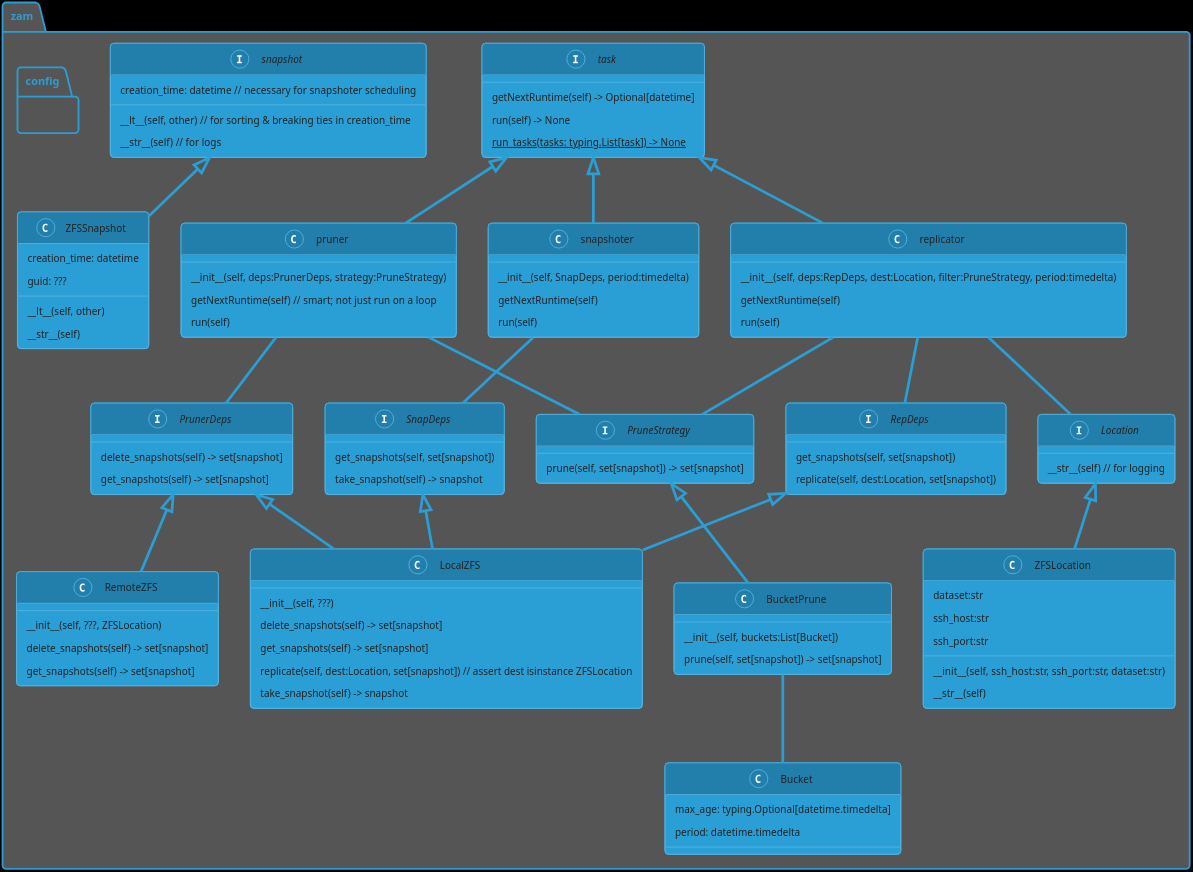
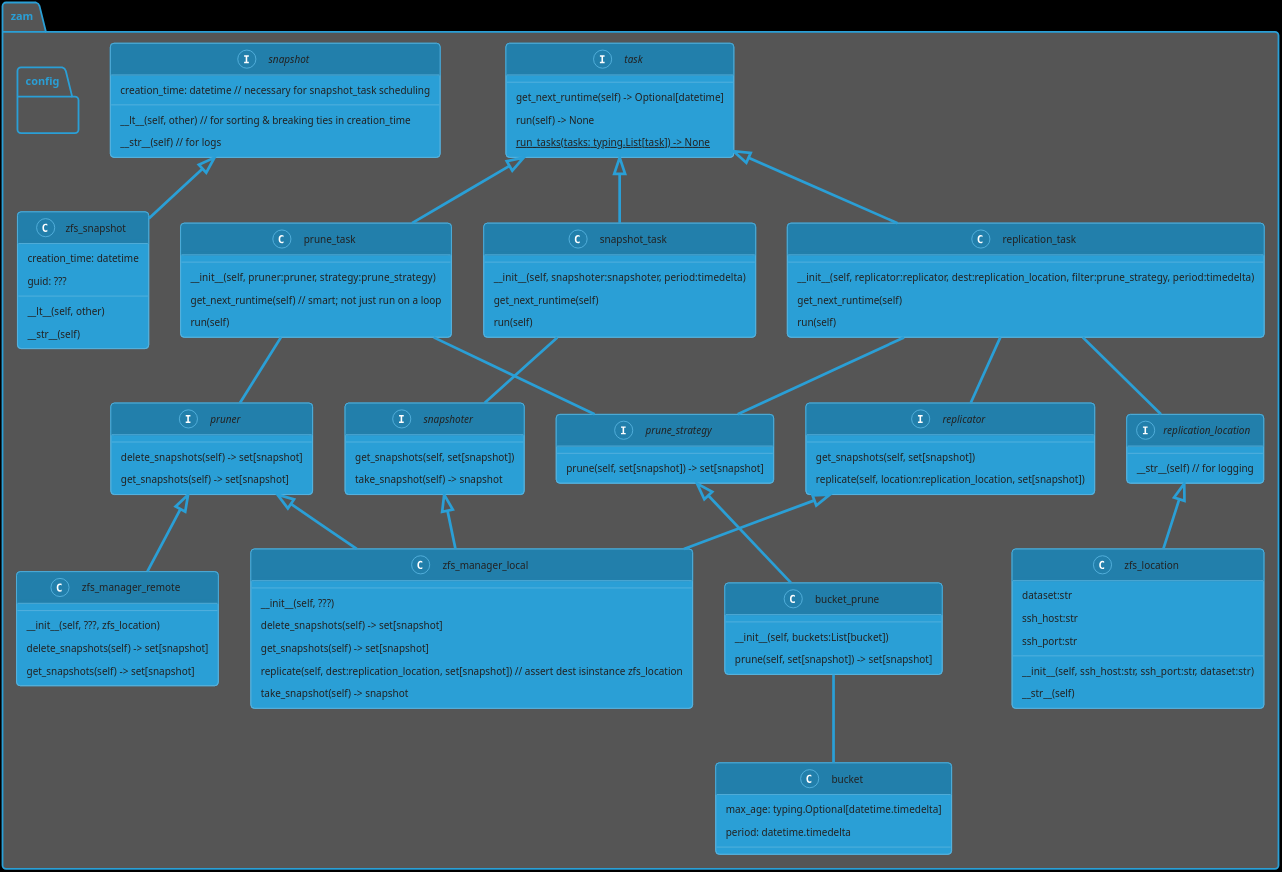
Before and after one commit to Ivan-Johnson/ZAM: the diagram in docs/class_diagram.plantuml, drawn with PlantUML.

Commit message:
Cleanup names in class diagram
Relates to #17

```diff
--- a/docs/class_diagram.plantuml
+++ b/docs/class_diagram.plantuml
@@ -2,134 +2,134 @@
 @startuml
 !theme cyborg
 skinparam backgroundColor black
 skinparam dpi 300
 
 package "zam" {
 	interface task {
-		getNextRuntime(self) -> Optional[datetime]
+		get_next_runtime(self) -> Optional[datetime]
 		run(self) -> None
 		{static} run_tasks(tasks: typing.List[task]) -> None
 	}
 
 	interface snapshot {
 		__lt__(self, other) // for sorting & breaking ties in creation_time
 		__str__(self) // for logs
-		creation_time: datetime // necessary for snapshoter scheduling
+		creation_time: datetime // necessary for snapshot_task scheduling
 	}
 
-	class ZFSSnapshot {
+	class zfs_snapshot {
 		__lt__(self, other)
 		__str__(self)
 		creation_time: datetime
 		guid: ???
 	}
-	ZFSSnapshot -up-|>snapshot
+	zfs_snapshot -up-|> snapshot
 
-	interface SnapDeps {
+	interface snapshoter {
 		get_snapshots(self, set[snapshot])
 		take_snapshot(self) -> snapshot
 	}
 
-	class snapshoter {
-		__init__(self, SnapDeps, period:timedelta)
-		getNextRuntime(self)
+	class snapshot_task {
+		__init__(self, snapshoter:snapshoter, period:timedelta)
+		get_next_runtime(self)
 		run(self)
 	}
 
-	snapshoter -up-|> task
-	snapshoter -- SnapDeps
+	snapshot_task -up-|> task
+	snapshot_task -- snapshoter
 
-	interface RepDeps {
+	interface replicator {
 		get_snapshots(self, set[snapshot])
-		replicate(self, dest:Location, set[snapshot])
+		replicate(self, location:replication_location, set[snapshot])
 	}
 
-	interface Location {
+	interface replication_location {
 		__str__(self) // for logging
 	}
 
-	class replicator {
-		__init__(self, deps:RepDeps, dest:Location, filter:PruneStrategy, period:timedelta)
-		getNextRuntime(self)
+	class replication_task {
+		__init__(self, replicator:replicator, dest:replication_location, filter:prune_strategy, period:timedelta)
+		get_next_runtime(self)
 		run(self)
 	}
 
-	replicator -up-|> task
-	replicator -- RepDeps
-	replicator -- Location
-	replicator -- PruneStrategy
+	replication_task -up-|> task
+	replication_task -- replicator
+	replication_task -- replication_location
+	replication_task -- prune_strategy
 
-	class pruner {
-		__init__(self, deps:PrunerDeps, strategy:PruneStrategy)
-		getNextRuntime(self) // smart; not just run on a loop
+	class prune_task {
+		__init__(self, pruner:pruner, strategy:prune_strategy)
+		get_next_runtime(self) // smart; not just run on a loop
 		run(self)
 	}
 
-	interface PruneStrategy {
+	interface prune_strategy {
 		prune(self, set[snapshot]) -> set[snapshot]
 	}
 
-	interface PrunerDeps {
+	interface pruner {
 		delete_snapshots(self) -> set[snapshot]
 		get_snapshots(self) -> set[snapshot]
 	}
 
-	pruner -up-|> task
-	pruner -- PrunerDeps
-	pruner -- PruneStrategy
+	prune_task -up-|> task
+	prune_task -- pruner
+	prune_task -- prune_strategy
 
-	class Bucket {
+	class bucket {
 		'This probably shouldn't be a separate class
 		max_age: typing.Optional[datetime.timedelta]
 		period: datetime.timedelta
 	}
 
-	class BucketPrune {
-		__init__(self, buckets:List[Bucket])
+	class bucket_prune {
+		__init__(self, buckets:List[bucket])
 		prune(self, set[snapshot]) -> set[snapshot]
 	}
-	BucketPrune -up-|> PruneStrategy
-	BucketPrune -- Bucket
+	bucket_prune -up-|> prune_strategy
+	bucket_prune -- bucket
 
-	class ZFSLocation {
+	class zfs_location {
 		__init__(self, ssh_host:str, ssh_port:str, dataset:str)
 		__str__(self)
 		dataset:str
 		ssh_host:str
 		ssh_port:str
 	}
-	ZFSLocation -up-|> Location
+	zfs_location -up-|> replication_location
 
-	class LocalZFS {
+	class zfs_manager_local {
 		__init__(self, ???)
 		delete_snapshots(self) -> set[snapshot]
 		get_snapshots(self) -> set[snapshot]
-		replicate(self, dest:Location, set[snapshot]) // assert dest isinstance ZFSLocation
+		replicate(self, dest:replication_location, set[snapshot]) // assert dest isinstance zfs_location
 		take_snapshot(self) -> snapshot
 	}
-	LocalZFS -up-|> PrunerDeps
-	LocalZFS -up-|> RepDeps
-	LocalZFS -up-|> SnapDeps
+	zfs_manager_local -up-|> pruner
+	zfs_manager_local -up-|> replicator
+	zfs_manager_local -up-|> snapshoter
 
-	class RemoteZFS {
-		__init__(self, ???, ZFSLocation)
+	class zfs_manager_remote {
+		__init__(self, ???, zfs_location)
 		delete_snapshots(self) -> set[snapshot]
 		get_snapshots(self) -> set[snapshot]
 	}
-	RemoteZFS -up-|> PrunerDeps
+	zfs_manager_remote -up-|> pruner
 
 	package "config" {
 	}
 
 	'TODO #17: there's still a lot missing
-	'* need to de-duplicate {RemoteZFS,LocalZFS}.{get_snapshots(), delete_snapshots()}
+	'* need to de-duplicate {zfs_manager_remote,zfs_manager_local}.{get_snapshots(), delete_snapshots()}
 	'  * maybe a single ZFS class that gets given an interface for running
 	'    commands? It'd have to be a pretty complex interface to support piping
-	'    commands for LocalZFS.replicate(), and that's not even something that
-	'    we need for RemoteZFS...
+	'    commands for zfs_manager_local.replicate(), and that's not even something that
+	'    we need for zfs_manager_remote...
 	'  * Maybe just common get_{getter,deletor}_command() and
 	'    parse_{getter,deletor}_output() function?
 	'* Design config classes/json structure
 }
 
 @enduml
```
